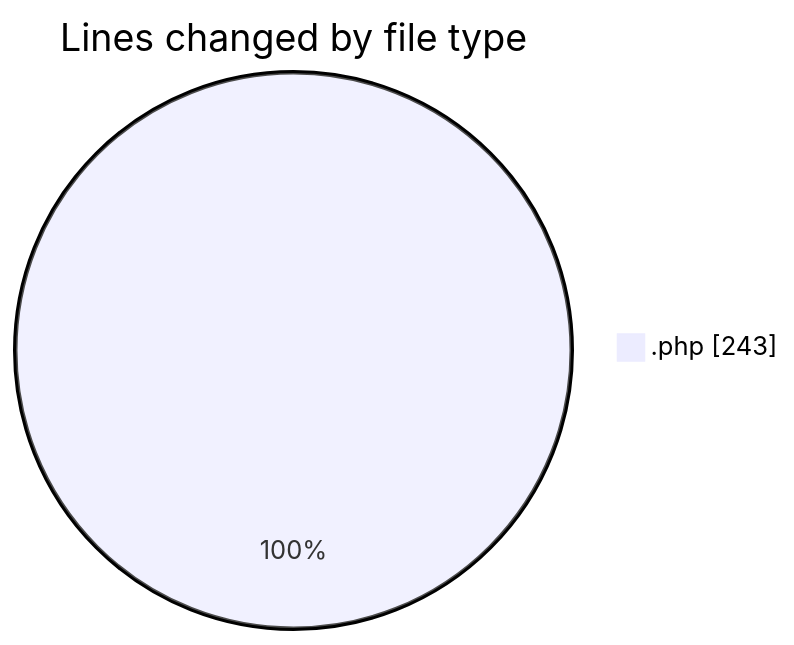
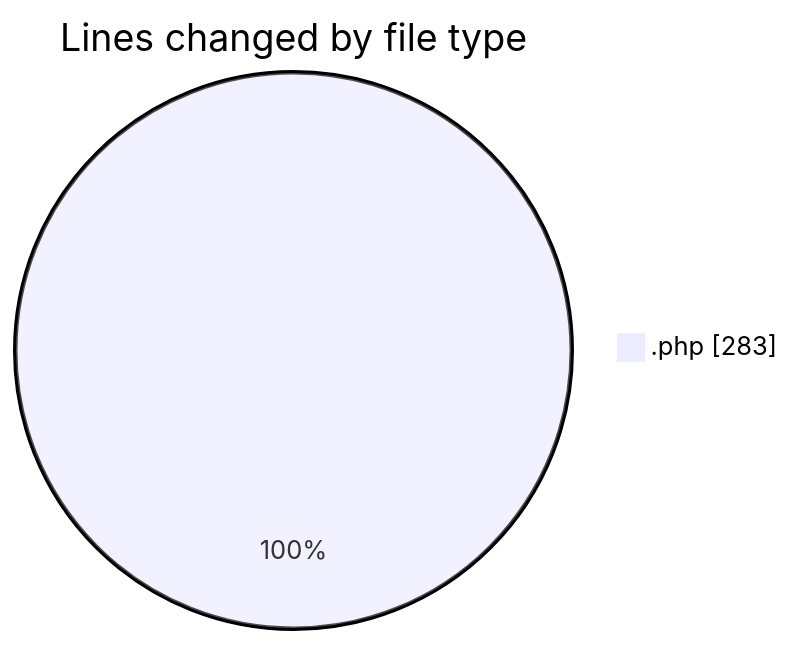
One commit to debugP/code-tracking changed the first of 2 diagrams in 2025-10-09/untitled__workspace_/README.md. Above: the diagram before and after it, drawn with Mermaid. The commit also changed other lines of this file and 1 other file, not shown here.

````diff
--- a/2025-10-09/untitled__workspace_/README.md
+++ b/2025-10-09/untitled__workspace_/README.md
@@ -20,5 +20,5 @@
 ```mermaid
 pie showData
 title Lines changed by file type
-".php" : 243
+".php" : 283
 ```
````
